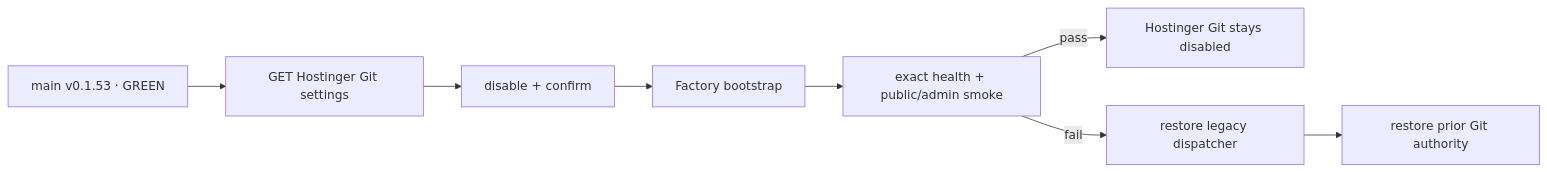
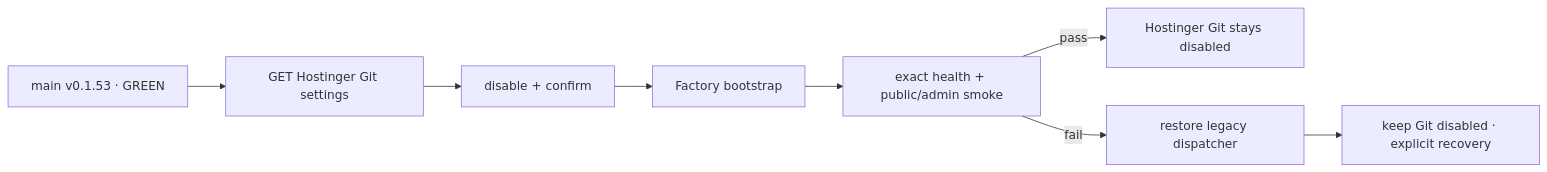
Before and after one commit to pl0n3r/brvtal: the diagram in README.md, drawn with Mermaid. The commit also changed other lines of this file and 2 other files, not shown here.

Commit message:
fix(factory): keep Hostinger recovery fail-closed

````diff
--- a/README.md
+++ b/README.md
@@ -54,10 +54,10 @@
 ```mermaid
 flowchart LR
   B["main v0.1.53 · GREEN"] --> G["GET Hostinger Git settings"]
   G --> D["disable + confirm"]
   D --> C["Factory bootstrap"]
   C --> V["exact health + public/admin smoke"]
   V -->|pass| F["Hostinger Git stays disabled"]
   V -->|fail| R["restore legacy dispatcher"]
-  R --> A["restore prior Git authority"]
+  R --> A["keep Git disabled · explicit recovery"]
 ```
````
